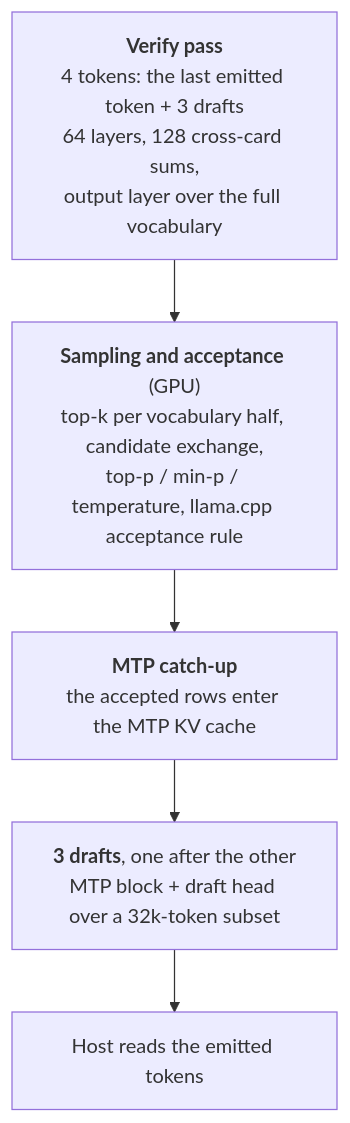
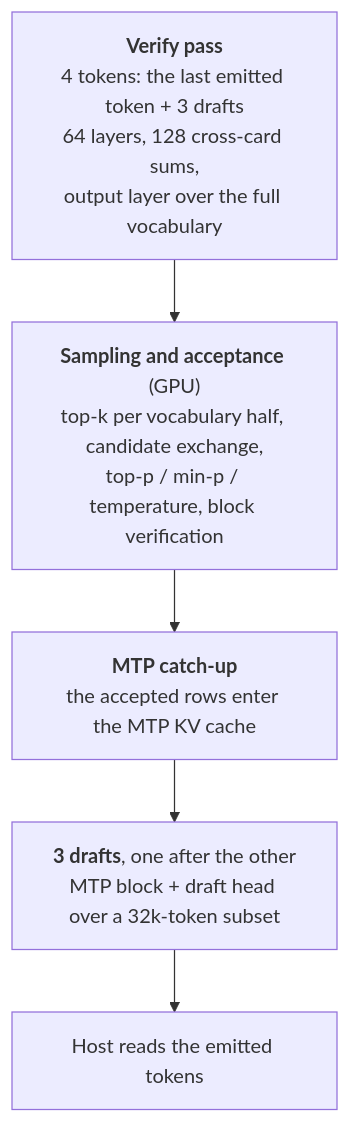
One commit to avallavall/qwen27-engine changed the first of 3 diagrams in docs/ARCHITECTURE.md. Above: the diagram before and after it, drawn with Mermaid. The commit also changed other lines of this file and 2 other files, not shown here.

First line of the commit message:
Docs: third speed round (architecture, performance, precision)

````diff
--- a/docs/ARCHITECTURE.md
+++ b/docs/ARCHITECTURE.md
@@ -78,9 +78,9 @@
 ```mermaid
 flowchart TD
     V["<b>Verify pass</b><br/>4 tokens: the last emitted token + 3 drafts<br/>64 layers, 128 cross-card sums,<br/>output layer over the full vocabulary"]
-    S["<b>Sampling and acceptance</b> (GPU)<br/>top-k per vocabulary half, candidate exchange,<br/>top-p / min-p / temperature, llama.cpp acceptance rule"]
+    S["<b>Sampling and acceptance</b> (GPU)<br/>top-k per vocabulary half, candidate exchange,<br/>top-p / min-p / temperature, block verification"]
     C["<b>MTP catch-up</b><br/>the accepted rows enter the MTP KV cache"]
     D["<b>3 drafts</b>, one after the other<br/>MTP block + draft head over a 32k-token subset"]
     H["Host reads the emitted tokens"]
     V --> S --> C --> D --> H
 ```
````
